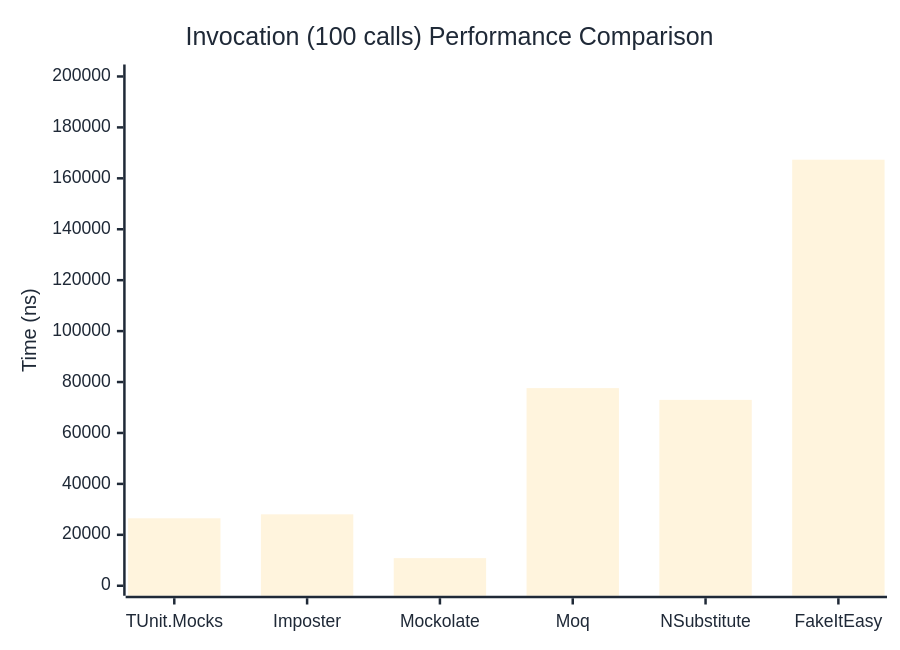
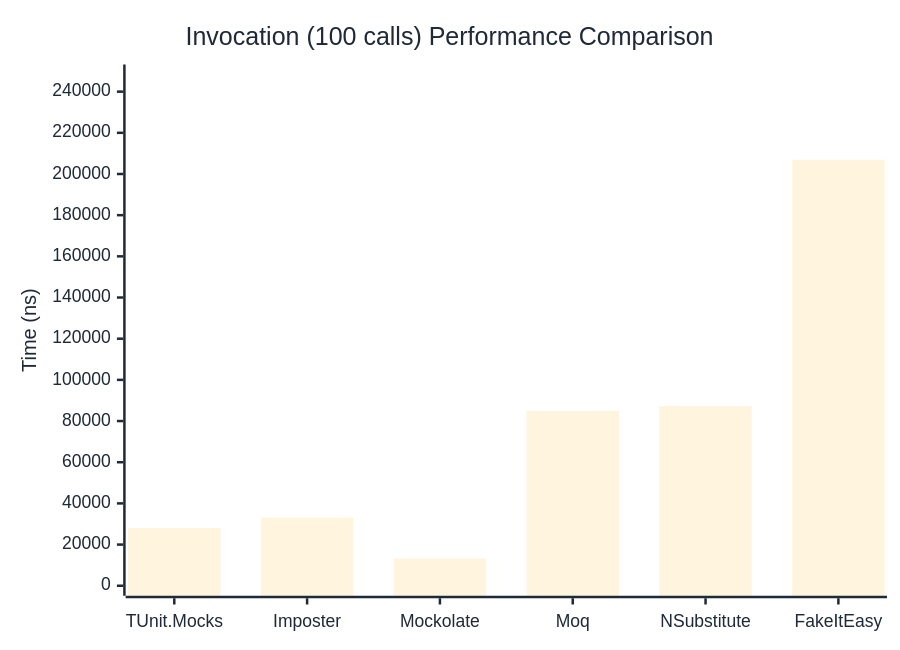
Before and after one commit to thomhurst/TUnit: the third of 3 diagrams in docs/docs/benchmarks/mocks/Invocation.md, drawn with Mermaid. The commit also changed other lines of this file and 14 other files, not shown here.

````diff
--- a/docs/docs/benchmarks/mocks/Invocation.md
+++ b/docs/docs/benchmarks/mocks/Invocation.md
@@ -112,27 +112,27 @@
 ```mermaid
 %%{init: {
   'theme':'base',
   'themeVariables': {
     'primaryColor': '#2563eb',
     'primaryTextColor': '#1f2937',
     'primaryBorderColor': '#1e40af',
     'lineColor': '#6b7280',
     'secondaryColor': '#7c3aed',
     'tertiaryColor': '#dc2626',
     'background': '#ffffff',
     'pie1': '#2563eb',
     'pie2': '#7c3aed',
     'pie3': '#dc2626',
     'pie4': '#f59e0b',
     'pie5': '#10b981',
     'pie6': '#06b6d4',
     'pie7': '#ec4899',
     'pie8': '#6366f1'
   }
 }}%%
 xychart-beta
   title "Invocation (100 calls) Performance Comparison"
   x-axis ["TUnit.Mocks", "Imposter", "Mockolate", "Moq", "NSubstitute", "FakeItEasy"]
-  y-axis "Time (ns)" 0 --> 200772
-  bar [26487.88, 28046.98, 10844.64, 77618.64, 72996.64, 167309.91]
+  y-axis "Time (ns)" 0 --> 248327
+  bar [27979.5, 33056.6, 13212.4, 84896.3, 87247.2, 206938.9]
 ```
````
